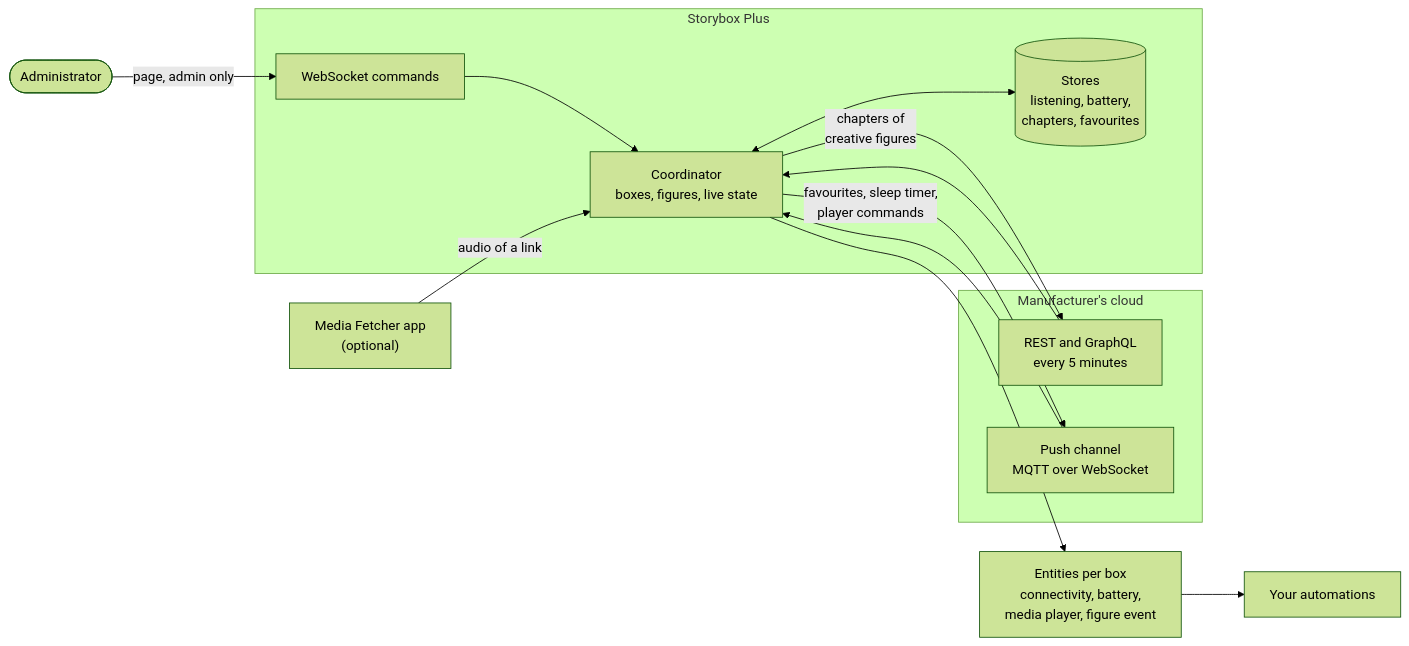
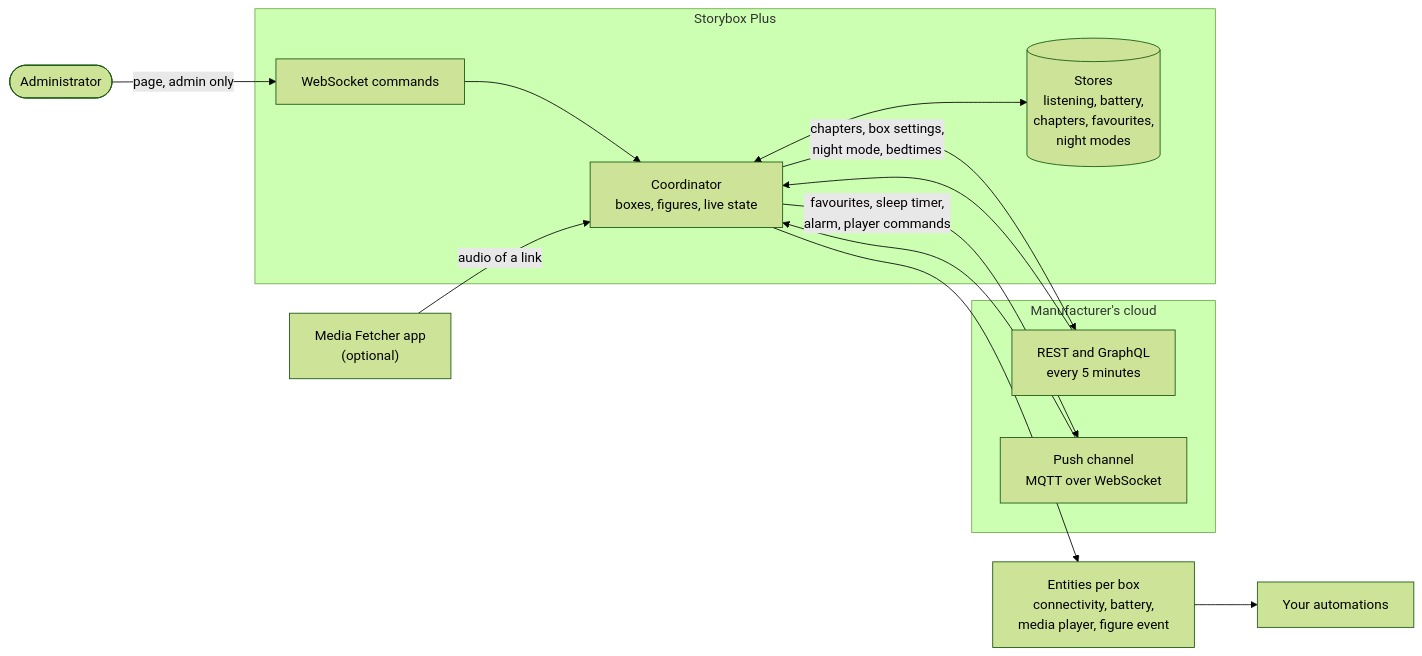
Before and after one commit to n-schilling/ha-storybox-plus: the first of 4 diagrams in README.md, drawn with Mermaid (forest theme). The commit also changed other lines of this file and 52 other files, not shown here.

First line of the commit message:
0.5.0: bedtimes, box settings, tunes, settings tab and more on the page

````diff
--- a/README.md
+++ b/README.md
@@ -44,22 +71,22 @@
 ```mermaid
 flowchart LR
     admin(["Administrator"]) -->|"page, admin only"| ws["WebSocket commands"]
     subgraph cloud["Manufacturer's cloud"]
         rest["REST and GraphQL<br/>every 5 minutes"]
         push["Push channel<br/>MQTT over WebSocket"]
     end
     fetcher["Media Fetcher app<br/>(optional)"]
     subgraph sp["Storybox Plus"]
         coordinator["Coordinator<br/>boxes, figures, live state"]
-        stores[("Stores<br/>listening, battery,<br/>chapters, favourites")]
+        stores[("Stores<br/>listening, battery,<br/>chapters, favourites,<br/>night modes")]
         ws --> coordinator
         coordinator <--> stores
     end
     rest --> coordinator
     push --> coordinator
-    coordinator -->|"favourites, sleep timer,<br/>player commands"| push
-    coordinator -->|"chapters of<br/>creative figures"| rest
+    coordinator -->|"favourites, sleep timer,<br/>alarm, player commands"| push
+    coordinator -->|"chapters, box settings,<br/>night mode, bedtimes"| rest
     fetcher -->|"audio of a link"| coordinator
     coordinator --> entities["Entities per box<br/>connectivity, battery,<br/>media player, figure event"]
     entities --> automations["Your automations"]
 ```
````
